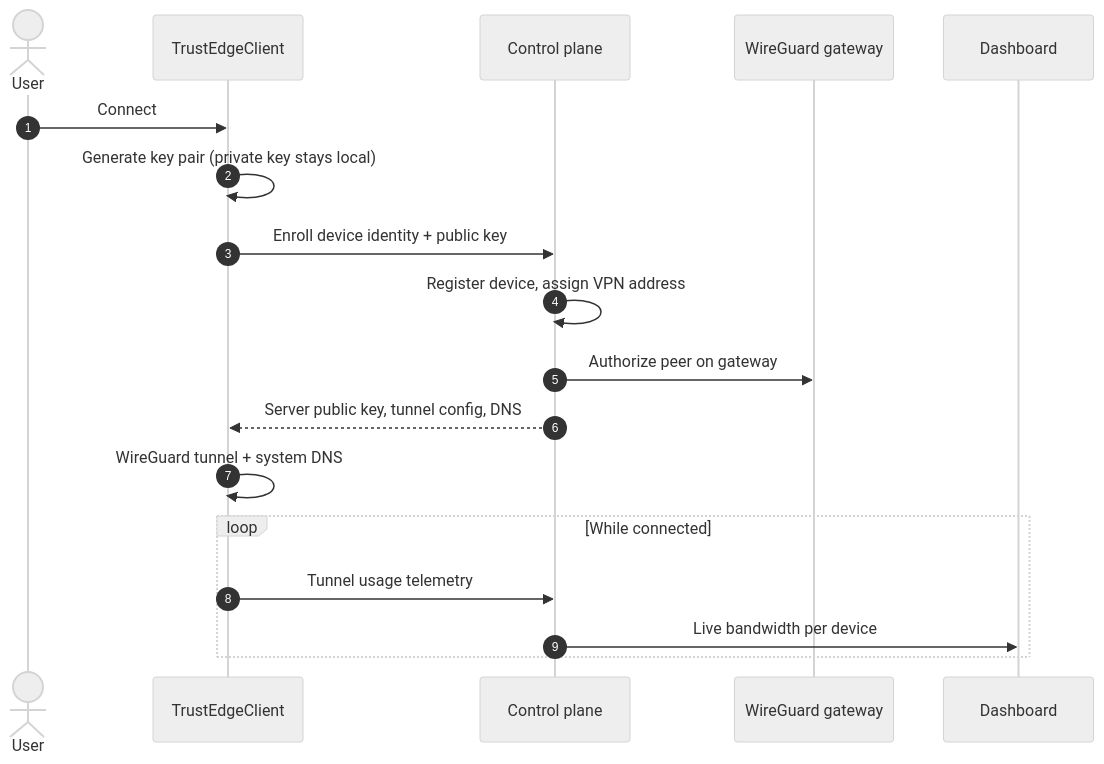
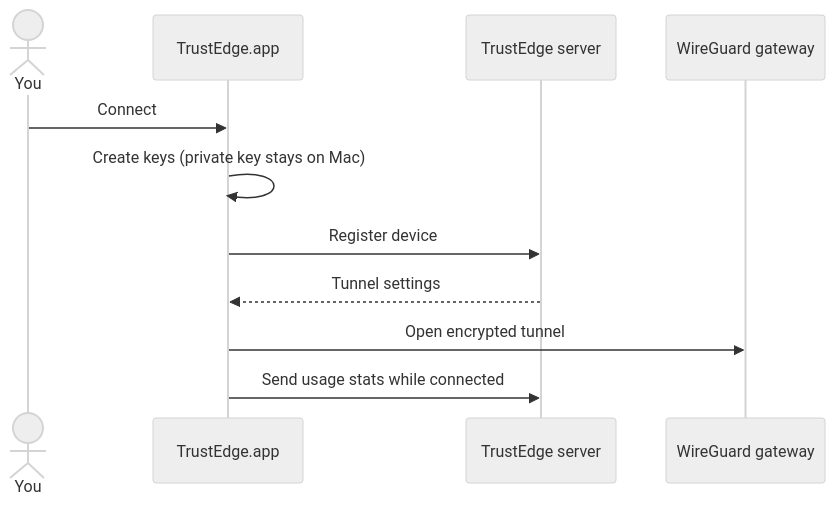
One commit to eladmines/NetGardeClient changed the diagram in README.md. Above: the diagram before and after it, drawn with Mermaid (neutral theme). The commit also changed other lines of this file, not shown here.

First line of the commit message:
Rewrite README for macOS menu bar app users.

````diff
--- a/README.md
+++ b/README.md
@@ -69,21 +131,14 @@
 ```mermaid
 sequenceDiagram
-    autonumber
-    actor User
-    participant Client as TrustEdgeClient
-    participant API as Control plane
-    participant GW as WireGuard gateway
-    participant Dash as Dashboard
+    actor You
+    participant App as TrustEdge.app
+    participant API as TrustEdge server
+    participant VPN as WireGuard gateway
 
-    User->>Client: Connect
-    Client->>Client: Generate key pair (private key stays local)
-    Client->>API: Enroll device identity + public key
-    API->>API: Register device, assign VPN address
-    API->>GW: Authorize peer on gateway
-    API-->>Client: Server public key, tunnel config, DNS
-    Client->>Client: WireGuard tunnel + system DNS
-    loop While connected
-        Client->>API: Tunnel usage telemetry
-        API->>Dash: Live bandwidth per device
-    end
+    You->>App: Connect
+    App->>App: Create keys (private key stays on Mac)
+    App->>API: Register device
+    API-->>App: Tunnel settings
+    App->>VPN: Open encrypted tunnel
+    App->>API: Send usage stats while connected
 ```
````
